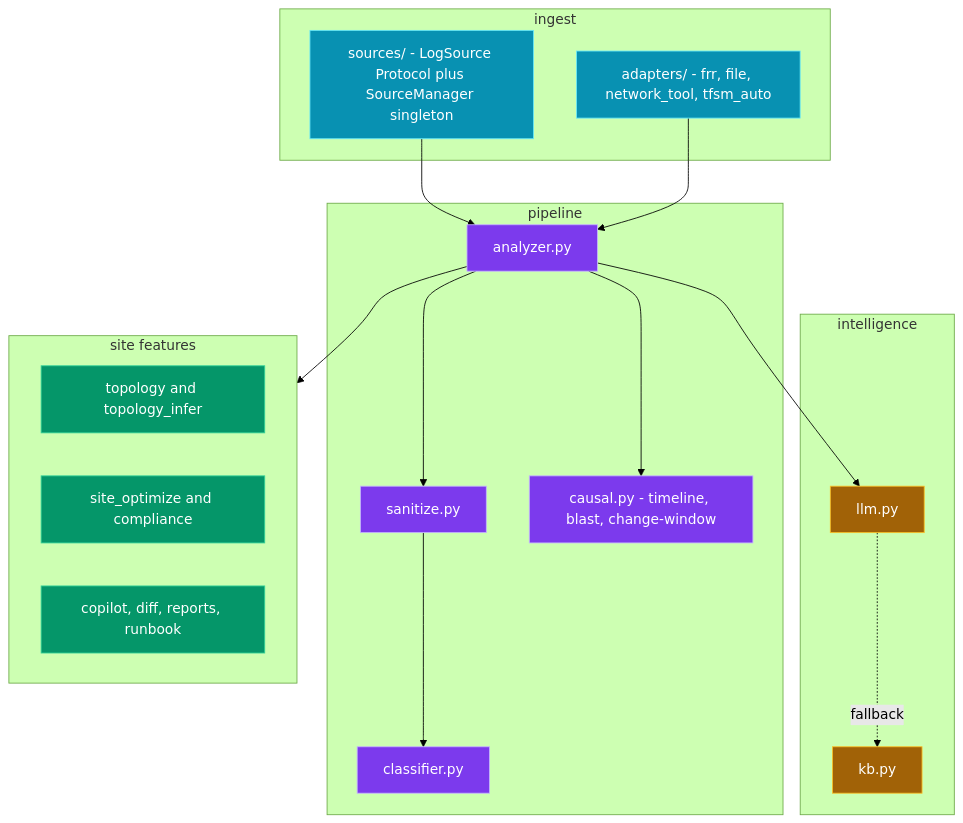
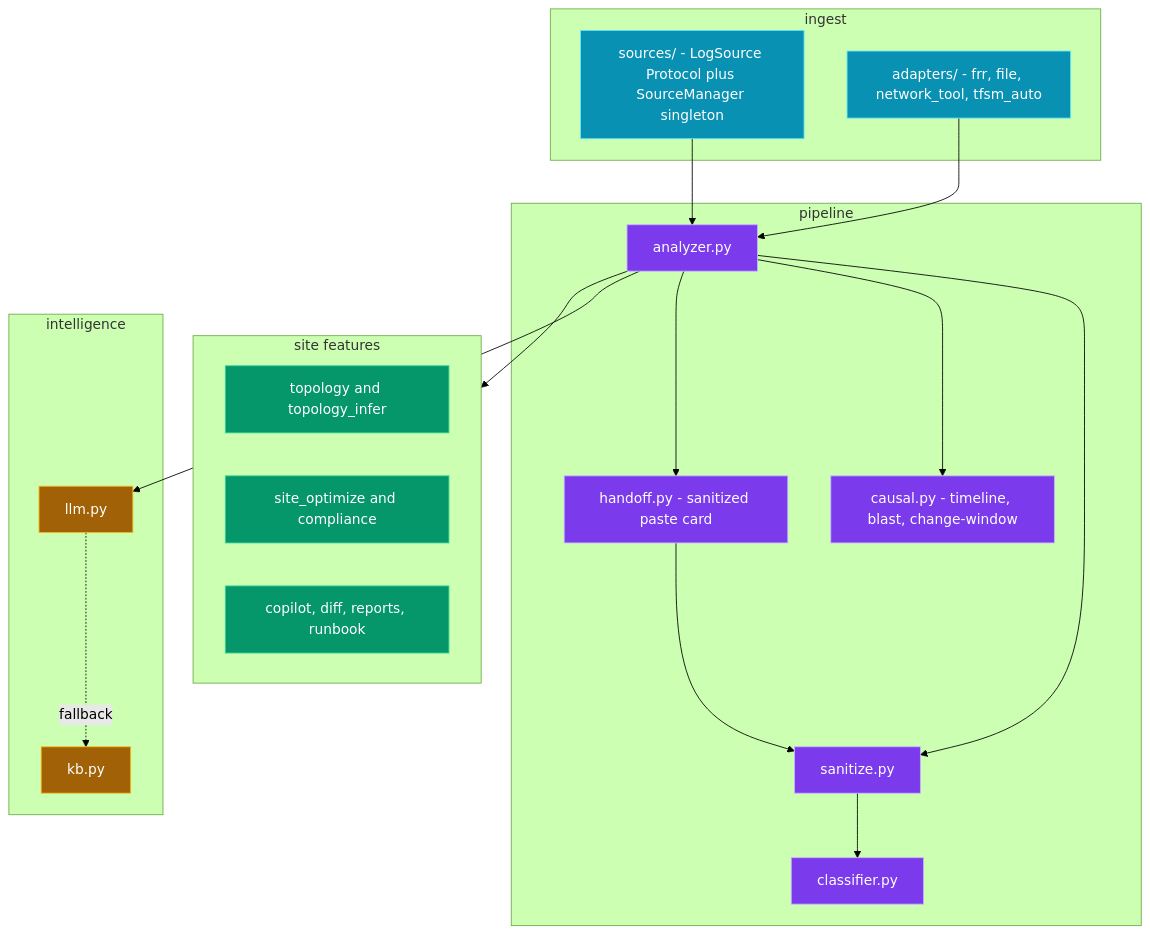
Before and after one commit to gesh75/netlog-ai: the seventh of 7 diagrams in docs/ARCHITECTURE.md, drawn with Mermaid (forest theme). The commit also changed other lines of this file and 8 other files, not shown here.

First line of the commit message:
feat: add a sanitized incident handoff for 0.7.0

````diff
--- a/docs/ARCHITECTURE.md
+++ b/docs/ARCHITECTURE.md
@@ -288,42 +295,44 @@
 ```mermaid
 flowchart TB
     subgraph IN["ingest"]
         SOURCES["sources/ - LogSource Protocol plus SourceManager singleton"]
         ADAPTERS["adapters/ - frr, file, network_tool, tfsm_auto"]
     end
 
     subgraph PIPE["pipeline"]
         SANITIZE["sanitize.py"]
         CLASSIFIER["classifier.py"]
         ANALYZER["analyzer.py"]
         CAUSAL["causal.py - timeline, blast, change-window"]
+        HANDOFF["handoff.py - sanitized paste card"]
     end
 
     subgraph INTEL["intelligence"]
         LLM["llm.py"]
         KB["kb.py"]
     end
 
     subgraph SITE["site features"]
         TOPO["topology and topology_infer"]
         OPT["site_optimize and compliance"]
         EXTRA["copilot, diff, reports, runbook"]
     end
 
     SOURCES & ADAPTERS --> ANALYZER
     ANALYZER --> SANITIZE --> CLASSIFIER
     ANALYZER --> CAUSAL
+    ANALYZER --> HANDOFF --> SANITIZE
     ANALYZER --> LLM
     LLM -.fallback.-> KB
     ANALYZER --> SITE
 
     classDef in   fill:#0891b2,stroke:#67e8f9,color:#fff
     classDef pipe fill:#7c3aed,stroke:#c4b5fd,color:#fff
     classDef ai   fill:#a16207,stroke:#fbbf24,color:#fff
     classDef site fill:#059669,stroke:#34d399,color:#fff
 
     class SOURCES,ADAPTERS in
-    class SANITIZE,CLASSIFIER,ANALYZER,CAUSAL pipe
+    class SANITIZE,CLASSIFIER,ANALYZER,CAUSAL,HANDOFF pipe
     class LLM,KB ai
     class TOPO,OPT,EXTRA site
 ```
````
